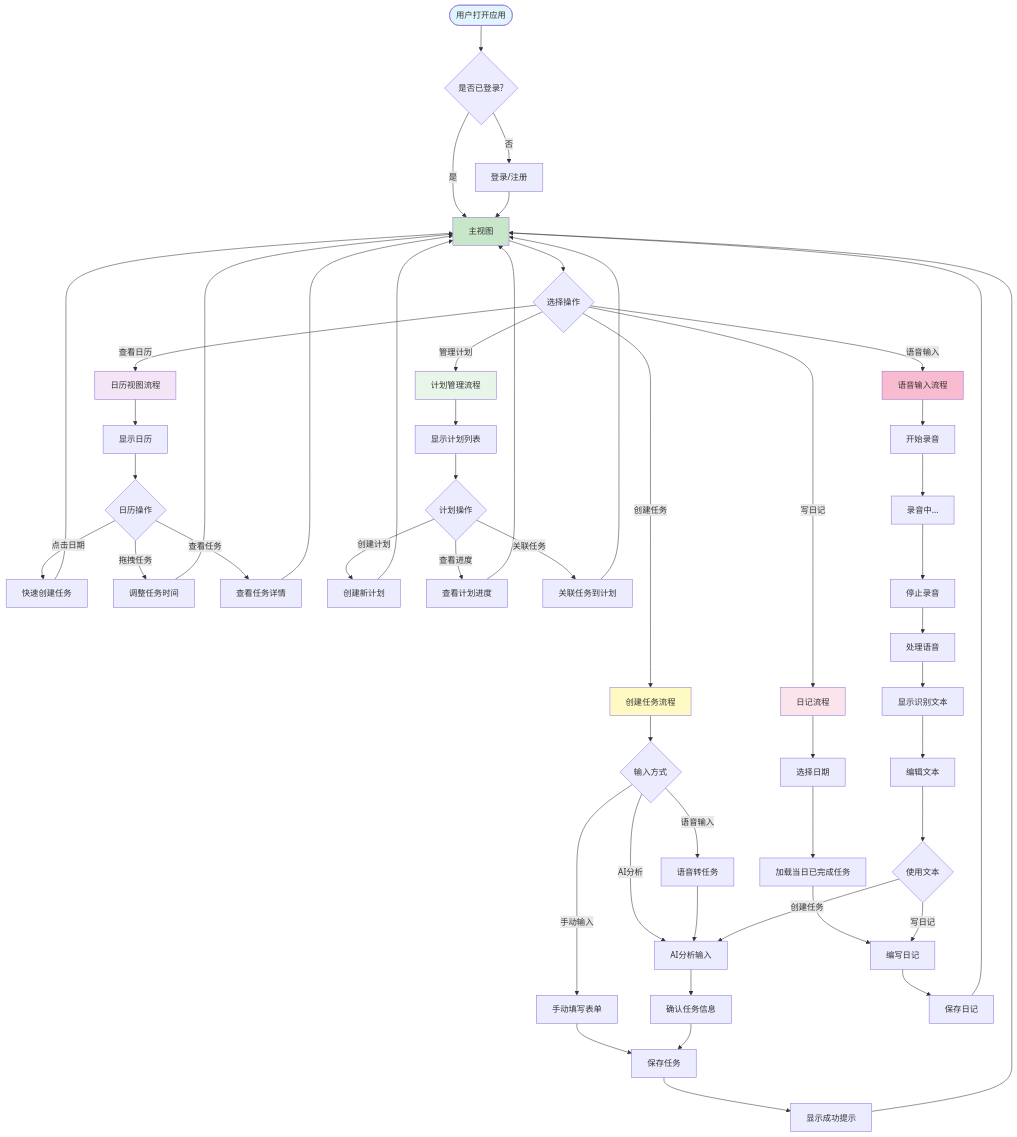
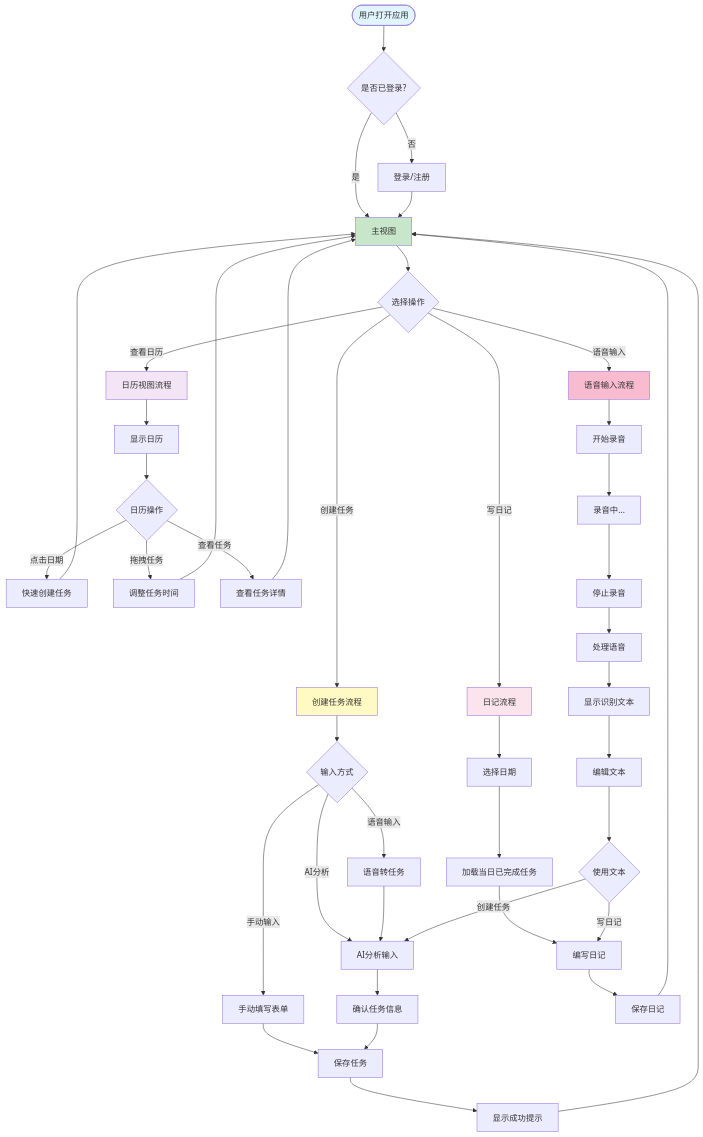
Before and after one commit to ConradZhangcong/one-day: diagram 11 of 12 in docs/技术架构图.md, drawn with Mermaid. The commit also changed other lines of this file and 26 other files, not shown here.

````diff
--- a/docs/技术架构图.md
+++ b/docs/技术架构图.md
@@ -646,71 +621,60 @@
 ```mermaid
 flowchart TD
     Start([用户打开应用]) --> CheckAuth{是否已登录?}
     
     CheckAuth -->|否| Login[登录/注册]
     CheckAuth -->|是| MainView[主视图]
     
     Login --> MainView
     MainView --> ChooseAction{选择操作}
     
     ChooseAction -->|创建任务| CreateTaskFlow[创建任务流程]
     ChooseAction -->|查看日历| CalendarFlow[日历视图流程]
-    ChooseAction -->|管理计划| ProjectFlow[计划管理流程]
     ChooseAction -->|写日记| JournalFlow[日记流程]
     ChooseAction -->|语音输入| VoiceFlow[语音输入流程]
     
     CreateTaskFlow --> InputMethod{输入方式}
     InputMethod -->|手动输入| ManualInput[手动填写表单]
     InputMethod -->|语音输入| VoiceToTask[语音转任务]
     InputMethod -->|AI分析| AIToTask[AI分析输入]
     
     ManualInput --> SaveTask[保存任务]
     VoiceToTask --> AIToTask
     AIToTask --> ConfirmTask[确认任务信息]
     ConfirmTask --> SaveTask
     SaveTask --> ShowSuccess[显示成功提示]
     
     CalendarFlow --> ViewCalendar[显示日历]
     ViewCalendar --> CalendarAction{日历操作}
     CalendarAction -->|点击日期| QuickCreate[快速创建任务]
     CalendarAction -->|拖拽任务| DragTask[调整任务时间]
     CalendarAction -->|查看任务| ViewTaskDetail[查看任务详情]
     
-    ProjectFlow --> ListProjects[显示计划列表]
-    ListProjects --> ProjectAction{计划操作}
-    ProjectAction -->|创建计划| CreateProject[创建新计划]
-    ProjectAction -->|查看进度| ViewProgress[查看计划进度]
-    ProjectAction -->|关联任务| LinkTasks[关联任务到计划]
-    
     JournalFlow --> SelectDate[选择日期]
     SelectDate --> LoadTasks[加载当日已完成任务]
     LoadTasks --> WriteJournal[编写日记]
     WriteJournal --> SaveJournal[保存日记]
     
     VoiceFlow --> StartRecording[开始录音]
     StartRecording --> Recording[录音中...]
     Recording --> StopRecording[停止录音]
     StopRecording --> ProcessVoice[处理语音]
     ProcessVoice --> ShowText[显示识别文本]
     ShowText --> EditText[编辑文本]
     EditText --> UseText{使用文本}
     UseText -->|创建任务| AIToTask
     UseText -->|写日记| WriteJournal
     
     ShowSuccess --> MainView
     QuickCreate --> MainView
     DragTask --> MainView
     ViewTaskDetail --> MainView
-    CreateProject --> MainView
-    ViewProgress --> MainView
-    LinkTasks --> MainView
     SaveJournal --> MainView
     
     style Start fill:#e1f5ff
     style MainView fill:#c8e6c9
     style CreateTaskFlow fill:#fff9c4
     style CalendarFlow fill:#f3e5f5
-    style ProjectFlow fill:#e8f5e9
     style JournalFlow fill:#fce4ec
     style VoiceFlow fill:#f8bbd0
 ```
````
